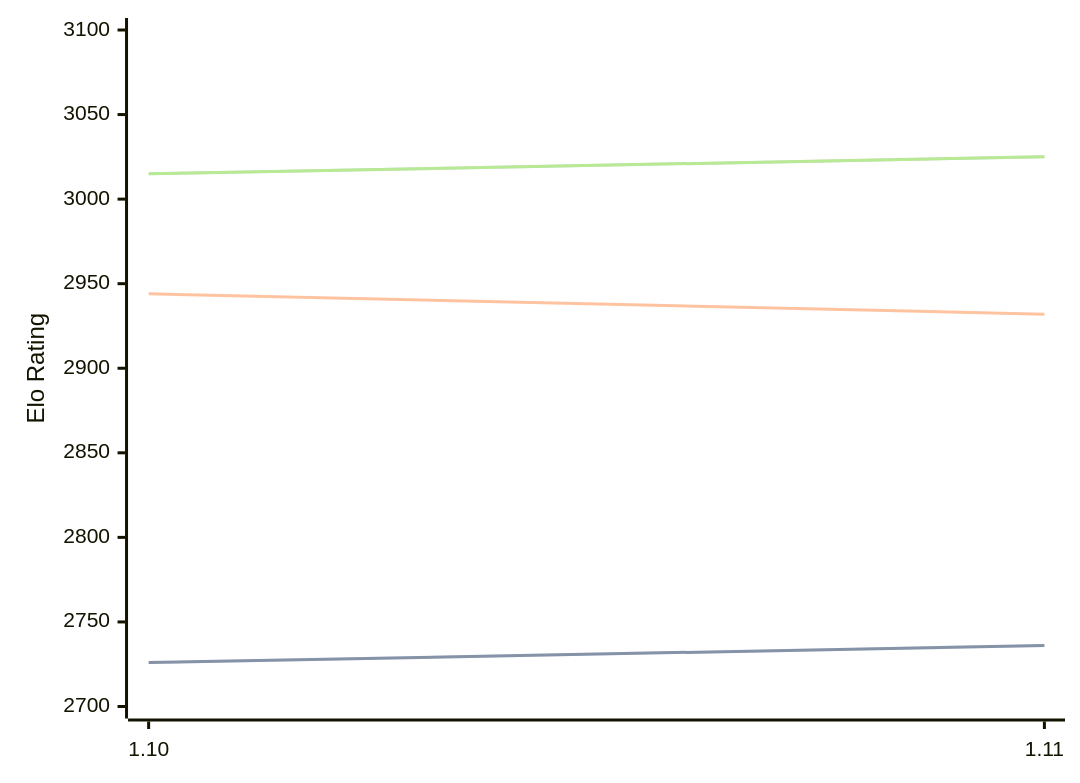
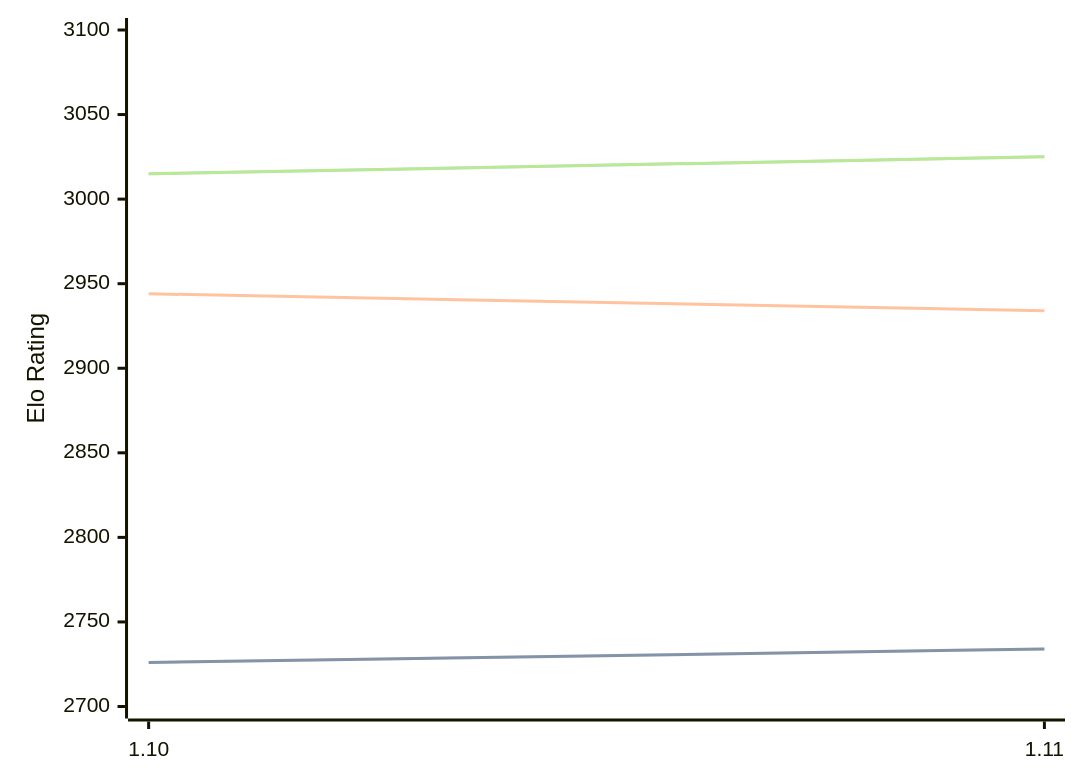
One commit to computer-chess-index/cci changed the diagram in engines/Roc.md. Above: the diagram before and after it, drawn with Mermaid. The commit also changed other lines of this file, not shown here.

````diff
--- a/engines/Roc.md
+++ b/engines/Roc.md
@@ -65,11 +65,11 @@
 ```mermaid
 %%{init: {"theme":"base","themeVariables":{"seriesColors:['#a3a3a3','#222221','#faa371']}}}%%
 xychart-beta
   x-axis ["1.10", "1.11"]
   y-axis "Elo Rating" 2700 --> 3100
-  line "STC (8.0+0.08s)" [2726, 2736]
-  line "STC (8.0+0.08s)" [2726, 2736]
-  line "LTC (60.0+0.60s)" [2944, 2932]
+  line "STC (8.0+0.08s)" [2726, 2734]
+  line "STC (8.0+0.08s)" [2726, 2734]
+  line "LTC (60.0+0.60s)" [2944, 2934]
   line "VLTC (2m24s+1.12s)" [3015, 3025]
   line "VLTC (2m24s+1.12s)" [3015, 3025]
 ```
````
